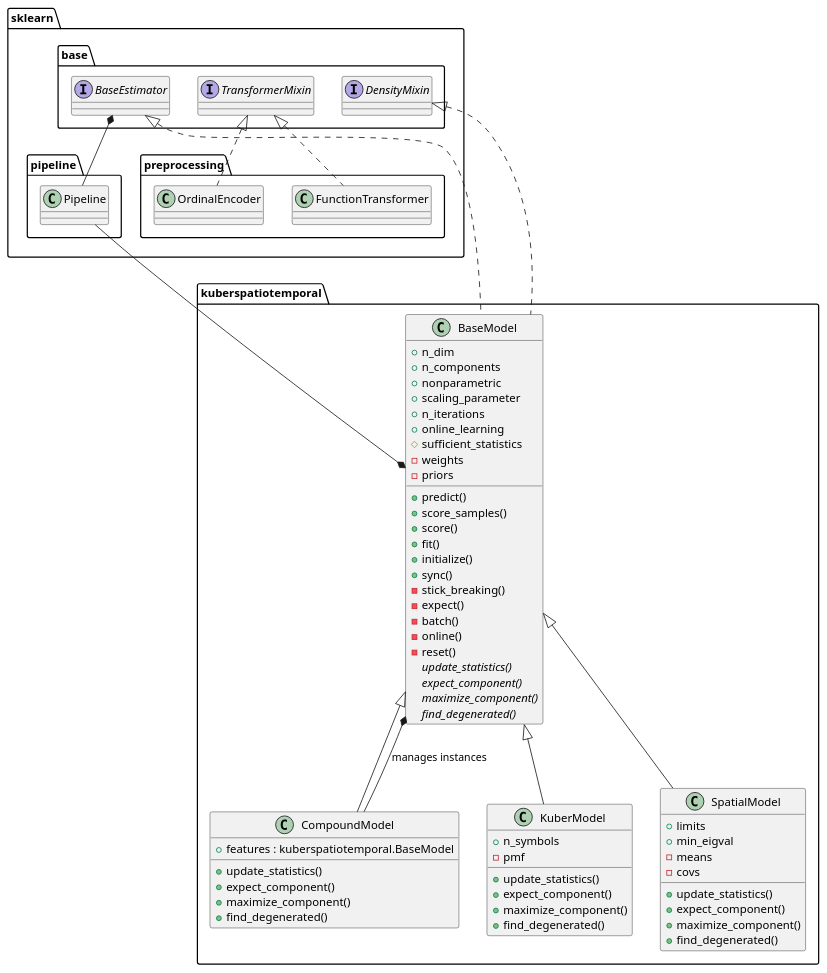
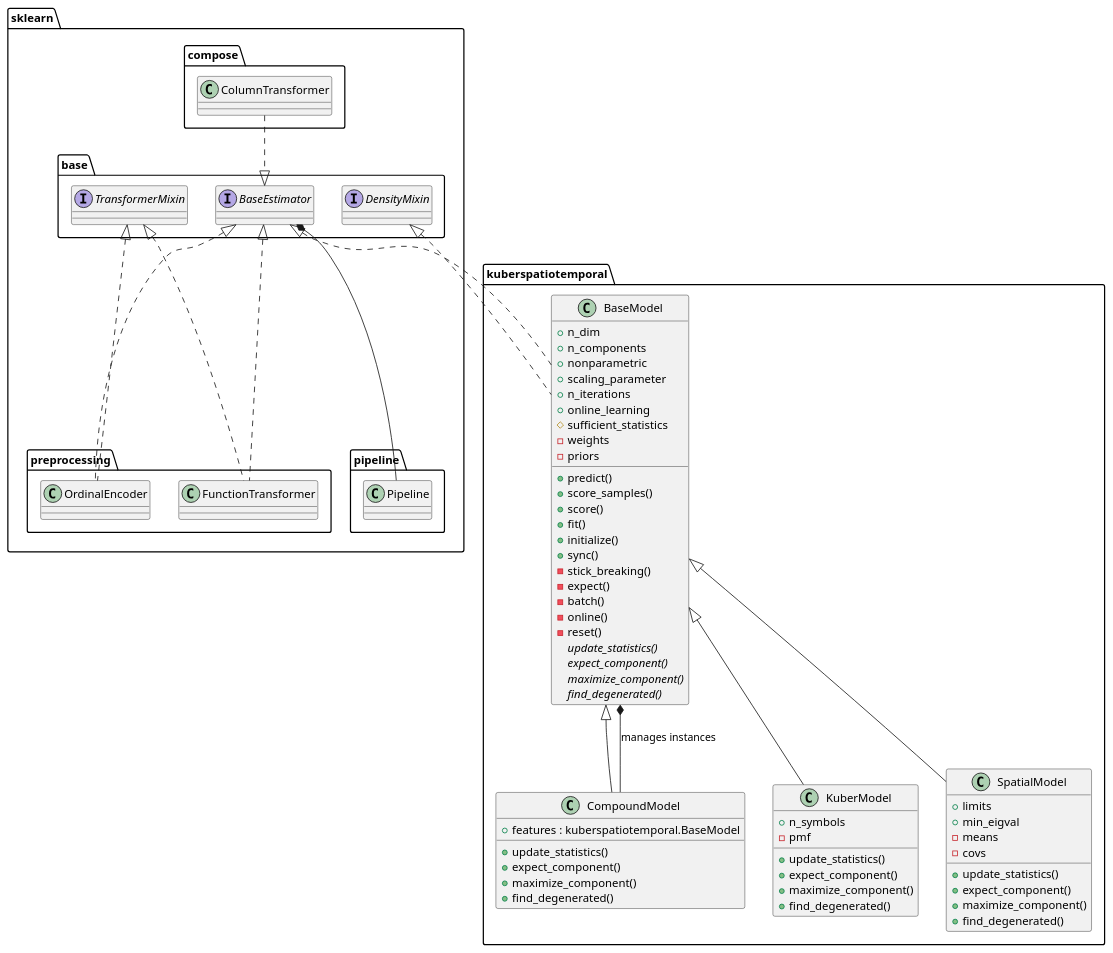
One commit to yasamansamiee/aiml_troubleshooting changed the diagram in doc/source/uml/classes.plantuml. Above: the diagram before and after it, drawn with PlantUML. The commit also changed 1 other file, not shown here.

Commit message:
Updated class diagram

```diff
--- a/doc/source/uml/classes.plantuml
+++ b/doc/source/uml/classes.plantuml
@@ -1,73 +1,77 @@
-@startuml
+@startuml Class diagram
 kuberspatiotemporal.BaseModel <|-- kuberspatiotemporal.CompoundModel
 kuberspatiotemporal.BaseModel *-- kuberspatiotemporal.CompoundModel : manages instances
 kuberspatiotemporal.BaseModel <|-- kuberspatiotemporal.KuberModel
 kuberspatiotemporal.BaseModel <|-- kuberspatiotemporal.SpatialModel
 sklearn.base.BaseEstimator <|.. kuberspatiotemporal.BaseModel
 sklearn.base.DensityMixin <|.. kuberspatiotemporal.BaseModel
 sklearn.base.TransformerMixin <|.. sklearn.preprocessing.FunctionTransformer
 sklearn.base.TransformerMixin <|.. sklearn.preprocessing.OrdinalEncoder
-sklearn.pipeline.Pipeline --* kuberspatiotemporal.BaseModel
+sklearn.base.BaseEstimator <|.. sklearn.preprocessing.FunctionTransformer
+sklearn.base.BaseEstimator <|.. sklearn.preprocessing.OrdinalEncoder
+' sklearn.pipeline.Pipeline --* kuberspatiotemporal.BaseModel
+sklearn.compose.ColumnTransformer ..|> sklearn.base.BaseEstimator
+
 
 sklearn.base.BaseEstimator *-- sklearn.pipeline.Pipeline
 
 interface sklearn.base.BaseEstimator
 interface sklearn.base.DensityMixin
 interface sklearn.base.TransformerMixin
 
 class kuberspatiotemporal.BaseModel {
     + n_dim
     + n_components
     + nonparametric
     + scaling_parameter
     + n_iterations
     + online_learning
     # sufficient_statistics
     - weights
     - priors
     + predict()
     + score_samples()
     + score()
     + fit()
     + initialize()
     + sync()
     - stick_breaking()
     - expect()
     - batch()
     - online()
     - reset()
     {abstract} update_statistics()
     {abstract} expect_component()
     {abstract} maximize_component()
     {abstract} find_degenerated()
 }
 
 class kuberspatiotemporal.SpatialModel {
     + limits
     + min_eigval
     - means
     - covs
     + update_statistics()
     + expect_component()
     + maximize_component()
     + find_degenerated()
 }
 
 class kuberspatiotemporal.KuberModel {
     + n_symbols
     - pmf
     + update_statistics()
     + expect_component()
     + maximize_component()
     + find_degenerated()
 }
 
 class kuberspatiotemporal.CompoundModel {
     + features : kuberspatiotemporal.BaseModel
     + update_statistics()
     + expect_component()
     + maximize_component()
     + find_degenerated()
 }
 
 @enduml
```
